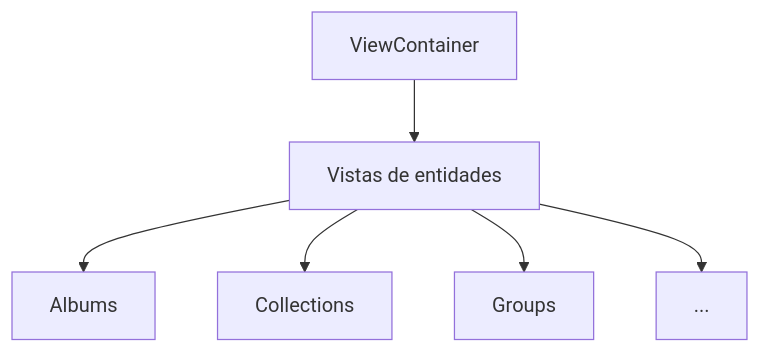
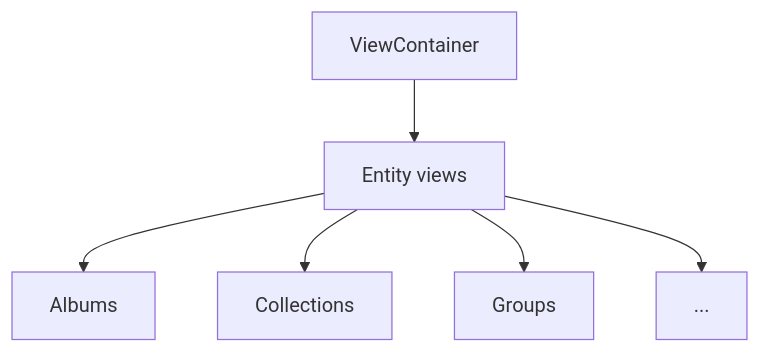
The diagram in src/components/views/README.md (gvastethecreator/media-manager), drawn with Mermaid before and after one commit. The commit also changed other lines of this file and 98 other files, not shown here.

Commit message:
docs: initialize comprehensive architectural documentation and component-level README files across the repository.

````diff
--- a/src/components/views/README.md
+++ b/src/components/views/README.md
@@ -188,8 +196,8 @@
 ```mermaid
 flowchart TD
-    A[ViewContainer] --> B[Vistas de entidades]
+    A[ViewContainer] --> B[Entity views]
     B --> C[Albums]
     B --> D[Collections]
     B --> E[Groups]
     B --> F[...]
 ```
````
